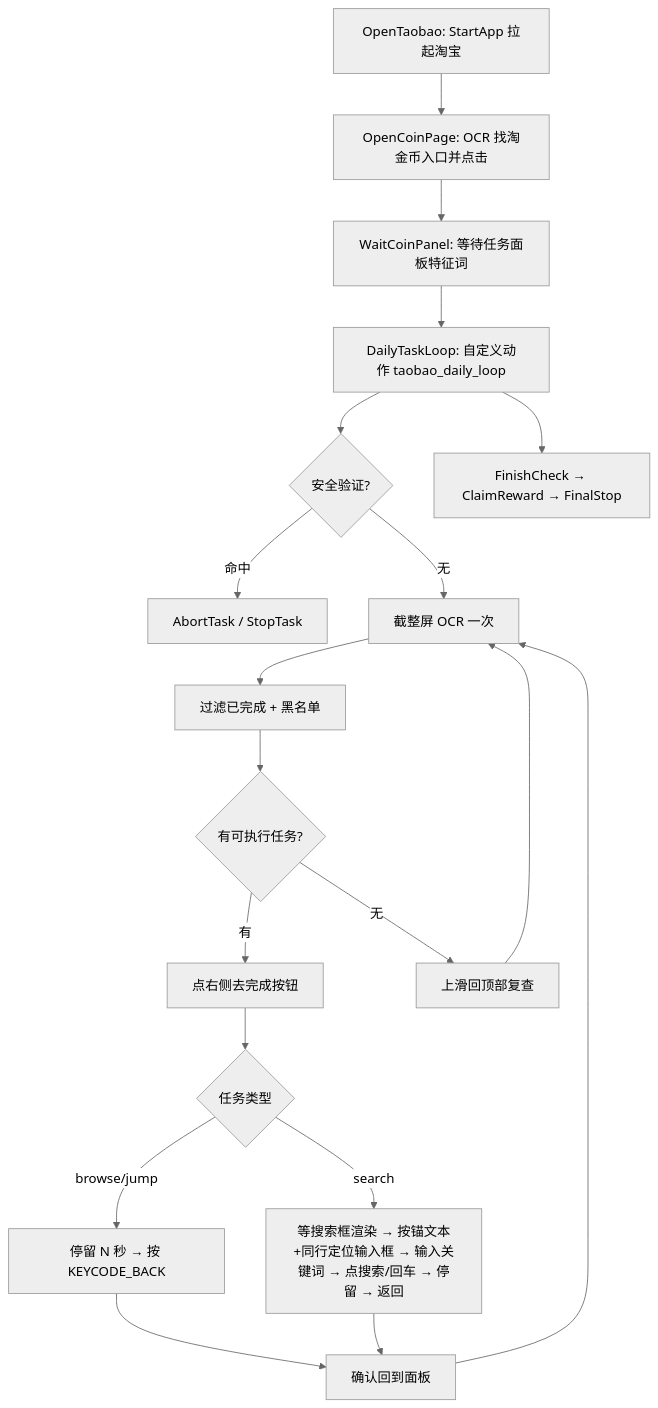
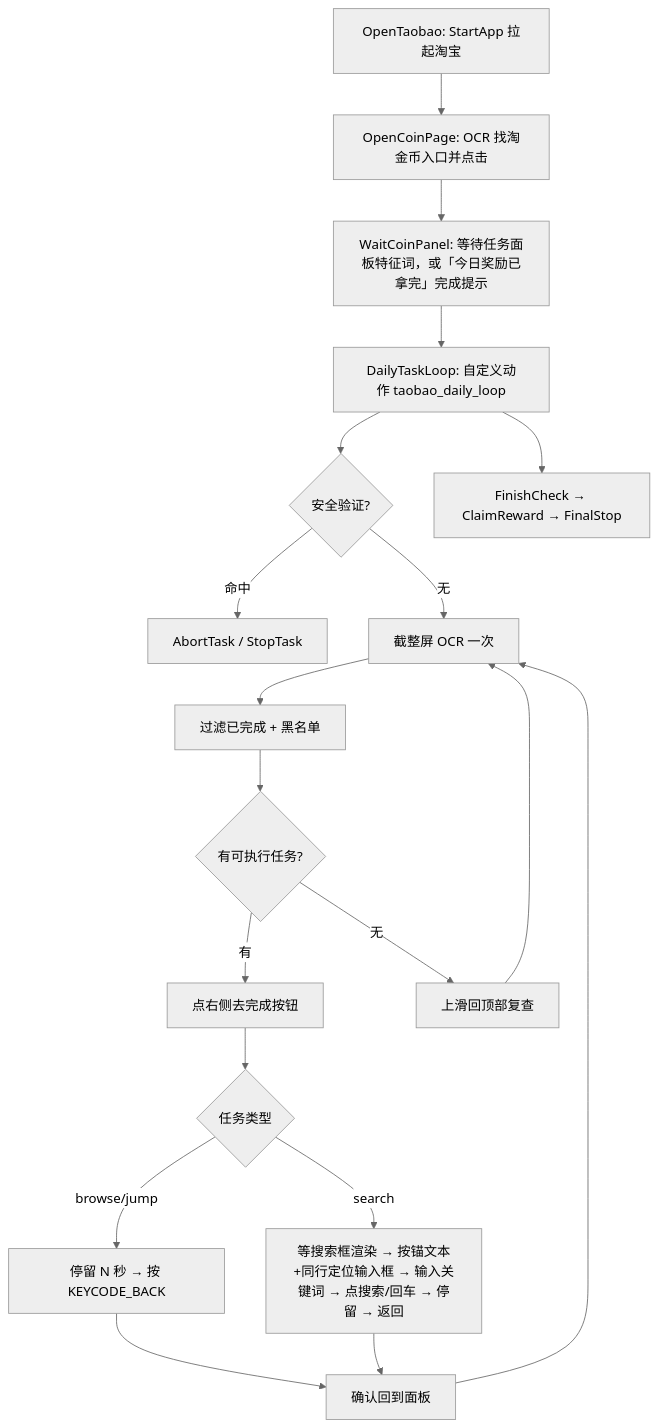
Before and after one commit to yebiaojun7-blip/AutoTaskFlowAutoTaskFlow: the diagram in Readme.md, drawn with Mermaid (neutral theme). The commit also changed other lines of this file, not shown here.

````diff
--- a/Readme.md
+++ b/Readme.md
@@ -315,21 +316,21 @@
 ```mermaid
 flowchart TD
     A[OpenTaobao: StartApp 拉起淘宝] --> B[OpenCoinPage: OCR 找淘金币入口并点击]
-    B --> C[WaitCoinPanel: 等待任务面板特征词]
+    B --> C[WaitCoinPanel: 等待任务面板特征词，或「今日奖励已拿完」完成提示]
     C --> D[DailyTaskLoop: 自定义动作 taobao_daily_loop]
     D --> E{安全验证?}
     E -->|命中| Z[AbortTask / StopTask]
     E -->|无| F[截整屏 OCR 一次]
     F --> G[过滤已完成 + 黑名单]
     G --> H{有可执行任务?}
     H -->|有| I[点右侧去完成按钮]
     I --> J{任务类型}
     J -->|browse/jump| K[停留 N 秒 → 按 KEYCODE_BACK]
     J -->|search| L[等搜索框渲染 → 按锚文本+同行定位输入框 → 输入关键词 → 点搜索/回车 → 停留 → 返回]
     K --> M[确认回到面板]
     L --> M
     M --> F
     H -->|无| N[上滑回顶部复查]
     N --> F
     D --> O[FinishCheck → ClaimReward → FinalStop]
 ```
````
